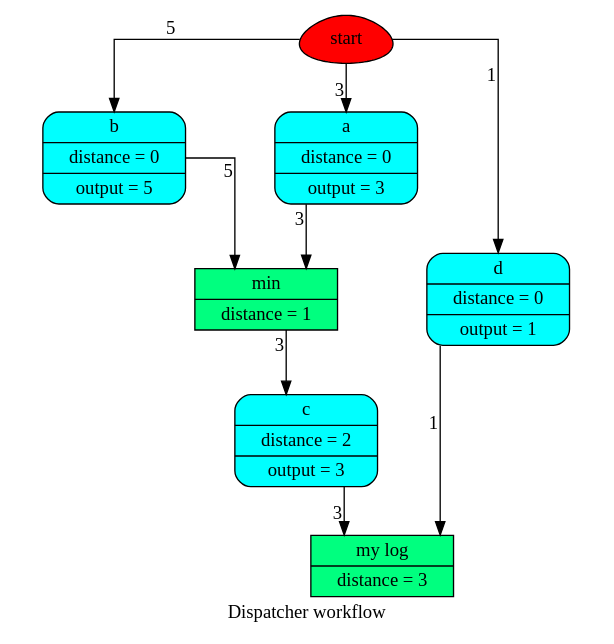
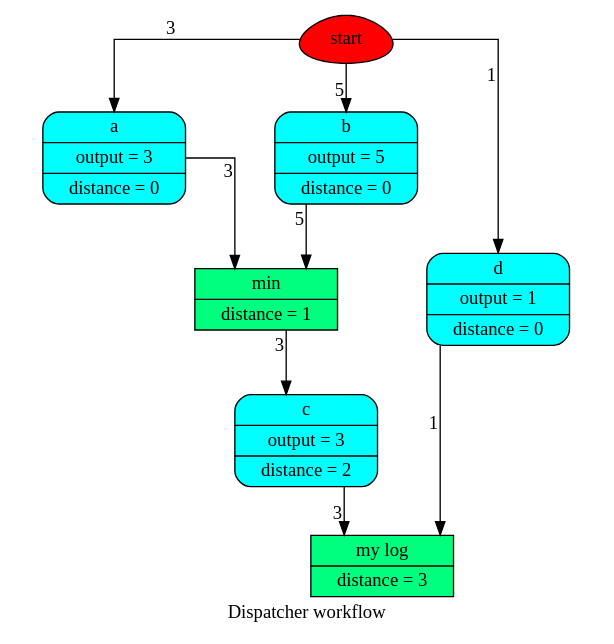
Before and after one commit to vinci1it2000/schedula: the diagram in doc/dispatcher/__init__/dispatch/wf3.dot, drawn with Graphviz. The commit also changed 27 other files, not shown here.

```diff
--- a/doc/dispatcher/__init__/dispatch/wf3.dot
+++ b/doc/dispatcher/__init__/dispatch/wf3.dot
@@ -1,21 +1,21 @@
 digraph Dispatcher {
 	graph [ratio=1]
 	node [style=filled]
+	label = "Dispatcher workflow"
 	splines = ortho
-	label = "Dispatcher workflow"
-		Dispatcher_4373676344 [label=start fillcolor=red shape=egg]
-		"Dispatcher_-4863238121632644504" [label="{ b | distance = 0 | output = 5 }" fillcolor=cyan shape=Mrecord]
-		Dispatcher_8964635161244168674 [label="{ my log | distance = 3 }" fillcolor=springgreen shape=record]
-		Dispatcher_3770360551220572883 [label="{ min | distance = 1 }" fillcolor=springgreen shape=record]
-		"Dispatcher_-7525193253846915964" [label="{ c | distance = 2 | output = 3 }" fillcolor=cyan shape=Mrecord]
-		Dispatcher_2204486394149653195 [label="{ d | distance = 0 | output = 1 }" fillcolor=cyan shape=Mrecord]
-		Dispatcher_5281915415694126460 [label="{ a | distance = 0 | output = 3 }" fillcolor=cyan shape=Mrecord]
-			"Dispatcher_-4863238121632644504" -> Dispatcher_3770360551220572883 [xlabel=5]
-			Dispatcher_3770360551220572883 -> "Dispatcher_-7525193253846915964" [xlabel=3]
-			"Dispatcher_-7525193253846915964" -> Dispatcher_8964635161244168674 [xlabel=3]
-			Dispatcher_4373676344 -> "Dispatcher_-4863238121632644504" [xlabel=5]
-			Dispatcher_4373676344 -> Dispatcher_2204486394149653195 [xlabel=1]
-			Dispatcher_4373676344 -> Dispatcher_5281915415694126460 [xlabel=3]
-			Dispatcher_2204486394149653195 -> Dispatcher_8964635161244168674 [xlabel=1]
-			Dispatcher_5281915415694126460 -> Dispatcher_3770360551220572883 [xlabel=3]
+		Dispatcher_78709768 [label=start fillcolor=red shape=egg]
+		Dispatcher_5285838715725610368 [label="{ a | output = 3 | distance = 0 }" fillcolor=cyan shape=Mrecord]
+		"Dispatcher_-7738548223649038923" [label="{ my log | distance = 3 }" fillcolor=springgreen shape=record]
+		"Dispatcher_-4776872530784439559" [label="{ d | output = 1 | distance = 0 }" fillcolor=cyan shape=Mrecord]
+		Dispatcher_842756815190668186 [label="{ b | output = 5 | distance = 0 }" fillcolor=cyan shape=Mrecord]
+		"Dispatcher_-2964974125178634454" [label="{ min | distance = 1 }" fillcolor=springgreen shape=record]
+		"Dispatcher_-1283898629557077595" [label="{ c | output = 3 | distance = 2 }" fillcolor=cyan shape=Mrecord]
+			Dispatcher_5285838715725610368 -> "Dispatcher_-2964974125178634454" [xlabel=3]
+			Dispatcher_78709768 -> Dispatcher_5285838715725610368 [xlabel=3]
+			Dispatcher_78709768 -> "Dispatcher_-4776872530784439559" [xlabel=1]
+			Dispatcher_78709768 -> Dispatcher_842756815190668186 [xlabel=5]
+			"Dispatcher_-4776872530784439559" -> "Dispatcher_-7738548223649038923" [xlabel=1]
+			Dispatcher_842756815190668186 -> "Dispatcher_-2964974125178634454" [xlabel=5]
+			"Dispatcher_-2964974125178634454" -> "Dispatcher_-1283898629557077595" [xlabel=3]
+			"Dispatcher_-1283898629557077595" -> "Dispatcher_-7738548223649038923" [xlabel=3]
 }
```
